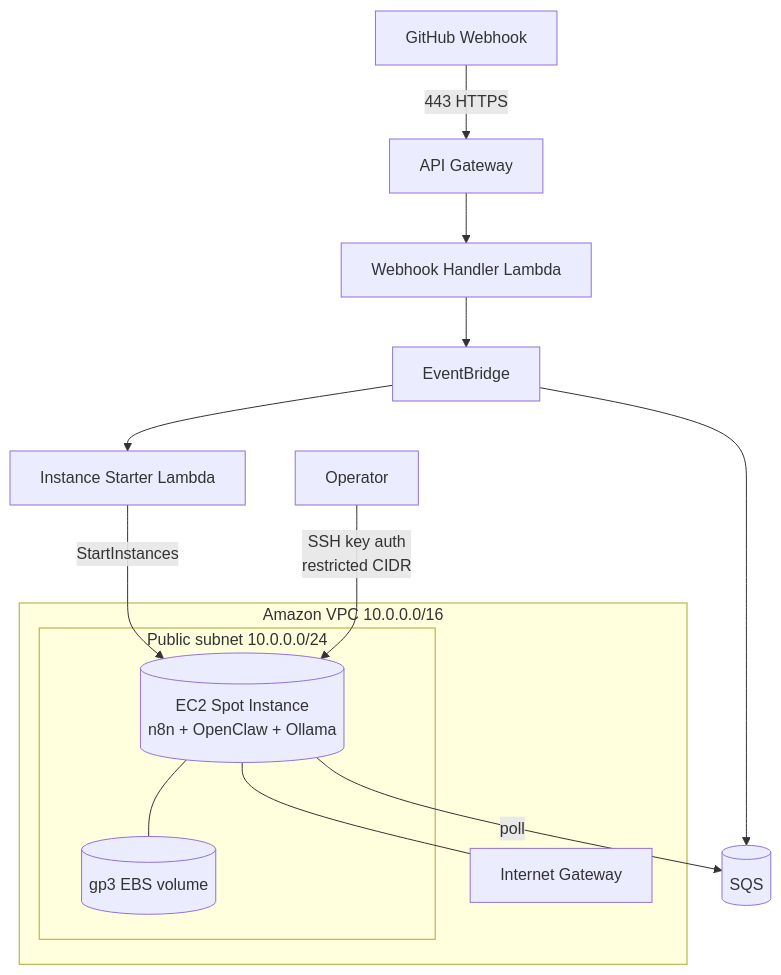
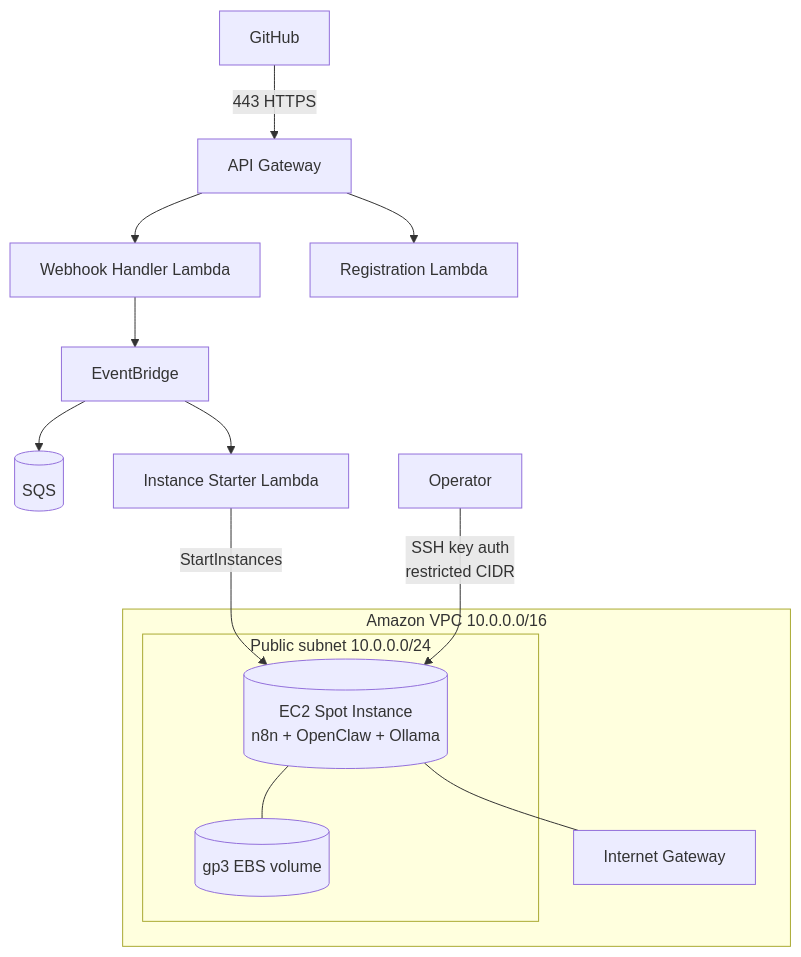
One commit to teddynted/ai-github-repository-blog-generator changed the fourth of 7 diagrams in docs/architecture.md. Above: the diagram before and after it, drawn with Mermaid. The commit also changed other lines of this file and 12 other files, not shown here.

````diff
--- a/docs/architecture.md
+++ b/docs/architecture.md
@@ -128,20 +173,20 @@
 ```mermaid
 flowchart TB
-    GH[GitHub Webhook] -->|443 HTTPS| APIGW[API Gateway]
+    GH[GitHub] -->|443 HTTPS| APIGW[API Gateway]
     APIGW --> LH[Webhook Handler Lambda]
+    APIGW --> RL[Registration Lambda]
     LH --> EB[EventBridge]
     EB --> SQS[(SQS)]
     EB --> ST[Instance Starter Lambda]
     subgraph VPC["Amazon VPC 10.0.0.0/16"]
         IGW[Internet Gateway]
         subgraph Public["Public subnet 10.0.0.0/24"]
             EC2[(EC2 Spot Instance<br/>n8n + OpenClaw + Ollama)]
             EBS[(gp3 EBS volume)]
         end
     end
     ST -->|StartInstances| EC2
     EC2 --- EBS
     EC2 --- IGW
-    EC2 -->|poll| SQS
     ADMIN[Operator] -->|SSH key auth<br/>restricted CIDR| EC2
 ```
````
